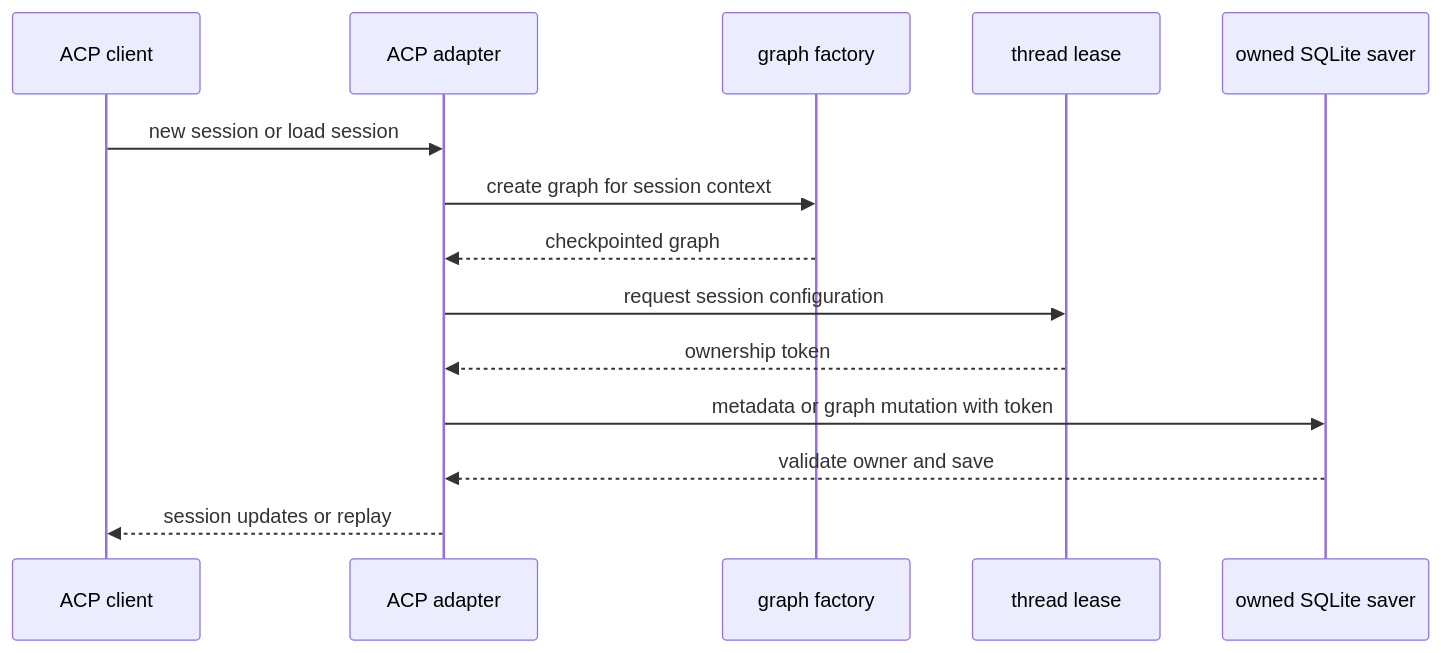
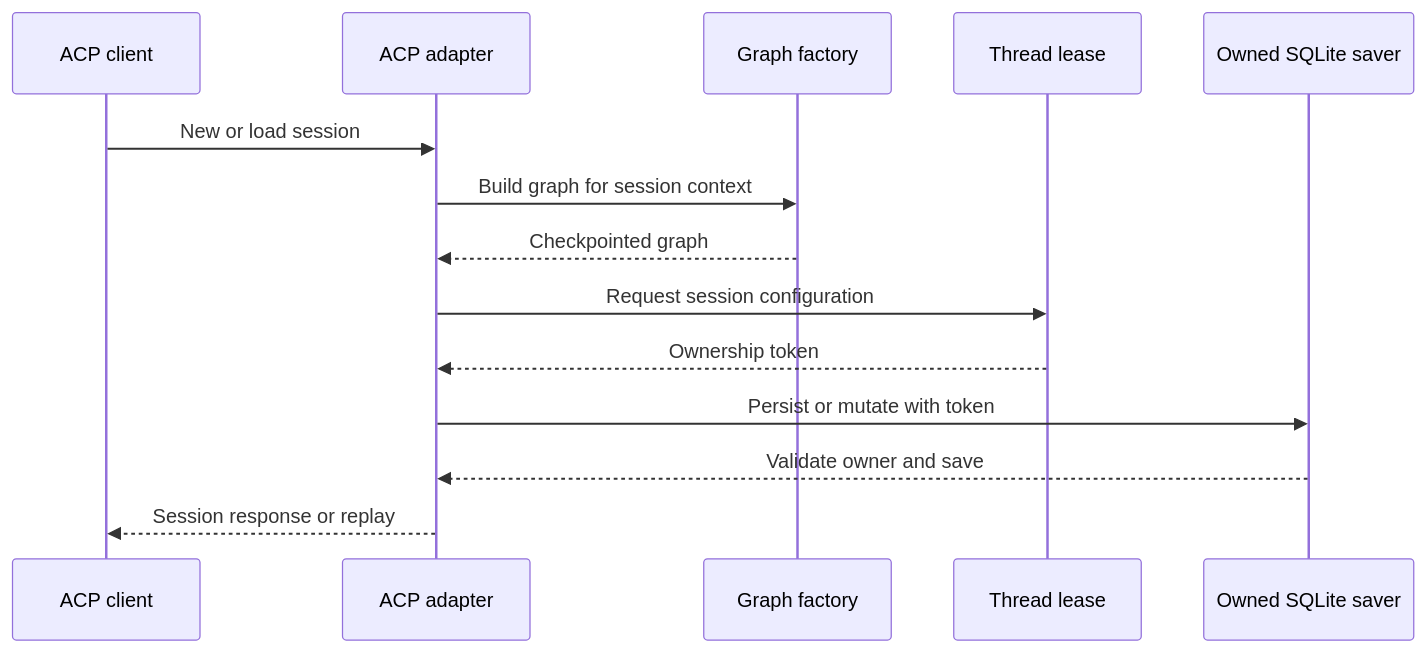
One commit to langchain-ai/deepagents changed the second of 3 diagrams in openwiki/integrations/acp.md. Above: the diagram before and after it, drawn with Mermaid. The commit also changed other lines of this file and 35 other files, not shown here.

````diff
--- a/openwiki/integrations/acp.md
+++ b/openwiki/integrations/acp.md
@@ -68,16 +66,16 @@
 ```mermaid
 sequenceDiagram
     participant Client as ACP client
     participant Adapter as ACP adapter
-    participant Factory as graph factory
-    participant Lease as thread lease
-    participant Saver as owned SQLite saver
-    Client->>Adapter: new session or load session
-    Adapter->>Factory: create graph for session context
-    Factory-->>Adapter: checkpointed graph
-    Adapter->>Lease: request session configuration
-    Lease-->>Adapter: ownership token
-    Adapter->>Saver: metadata or graph mutation with token
-    Saver-->>Adapter: validate owner and save
-    Adapter-->>Client: session updates or replay
+    participant Factory as Graph factory
+    participant Lease as Thread lease
+    participant Saver as Owned SQLite saver
+    Client->>Adapter: New or load session
+    Adapter->>Factory: Build graph for session context
+    Factory-->>Adapter: Checkpointed graph
+    Adapter->>Lease: Request session configuration
+    Lease-->>Adapter: Ownership token
+    Adapter->>Saver: Persist or mutate with token
+    Saver-->>Adapter: Validate owner and save
+    Adapter-->>Client: Session response or replay
 ```
````
